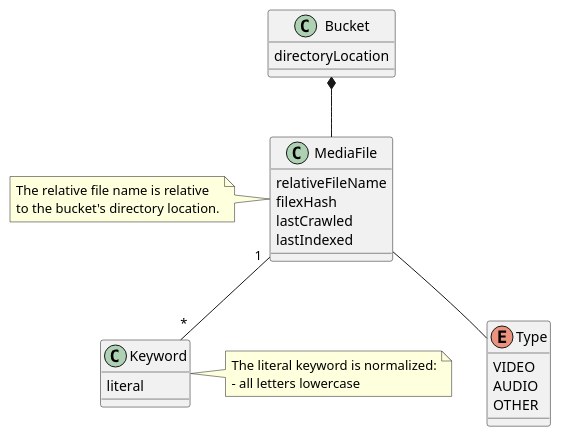
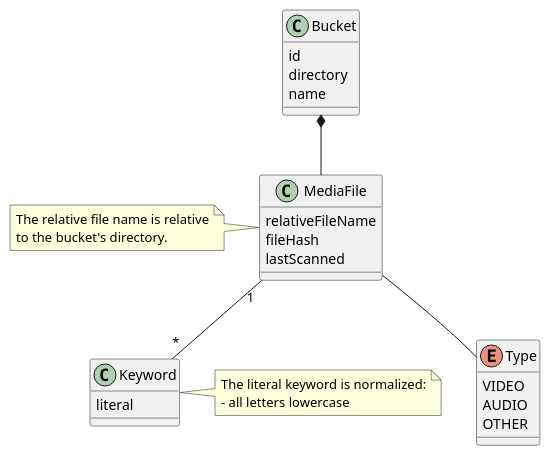
Before and after one commit to Weltraumschaf/maconha: the diagram in src/site/resources/plantuml/domain_model.puml, drawn with PlantUML. The commit also changed 7 other files, not shown here.

Commit message:
Refine the architecture documentation.

```diff
--- a/src/site/resources/plantuml/domain_model.puml
+++ b/src/site/resources/plantuml/domain_model.puml
@@ -1,39 +1,40 @@
 @startuml
 skinparam componentStyle uml2
 
 class Bucket {
-    directoryLocation
+    id
+    directory
+    name
 }
 
 class MediaFile {
     relativeFileName
-    filexHash
-    lastCrawled
-    lastIndexed
+    fileHash
+    lastScanned
 }
 
 note left of MediaFile {
     The relative file name is relative
-    to the bucket's directory location.
+    to the bucket's directory.
 }
 
 enum Type {
     VIDEO
     AUDIO
     OTHER
 }
 
 class Keyword {
     literal
 }
 
 note right of Keyword {
     The literal keyword is normalized:
     - all letters lowercase
 }
 
 Bucket *-- MediaFile
 MediaFile -- Type
 MediaFile "1" -- "*" Keyword
 
 @enduml
```
